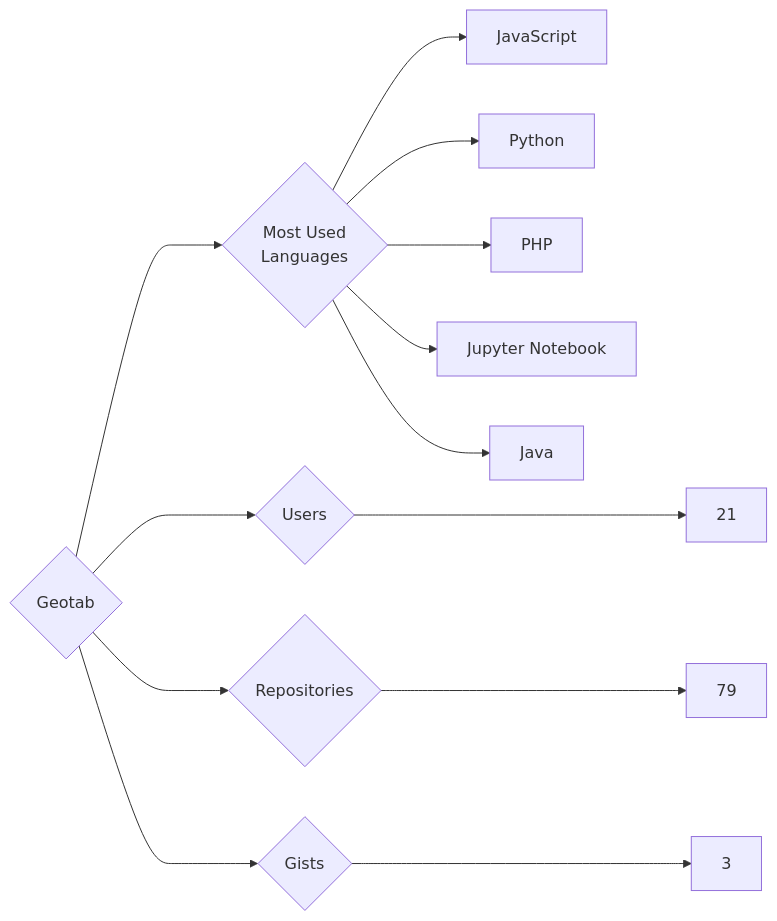
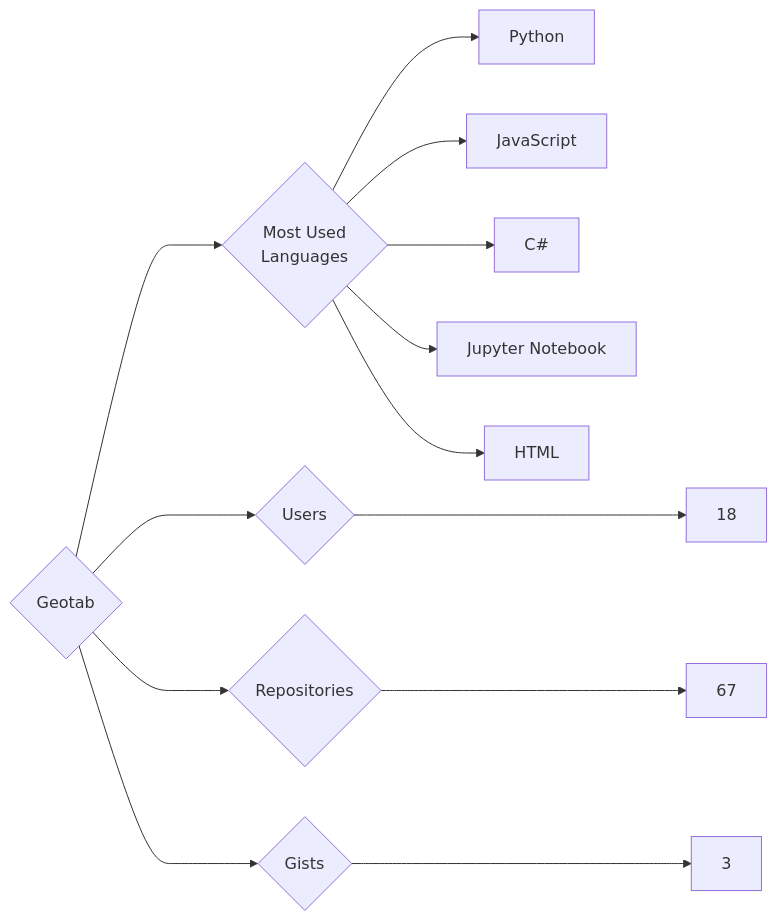
Before and after one commit to trickest/insiders: the diagram in targets/Geotab/README.md, drawn with Mermaid. The commit also changed 912 other files, not shown here.

````diff
--- a/targets/Geotab/README.md
+++ b/targets/Geotab/README.md
@@ -3,13 +3,13 @@
 ```mermaid
 graph LR
 COMPANY_NAME{Geotab}
-COMPANY_NAME ---> U{Users} ---> UN[21]
-COMPANY_NAME ---> R{Repositories} ---> RN[79]
+COMPANY_NAME ---> U{Users} ---> UN[18]
+COMPANY_NAME ---> R{Repositories} ---> RN[67]
 COMPANY_NAME ---> G{Gists} ---> GN[3]
 COMPANY_NAME ---> ML{Most Used<br>Languages}
+ML --> Python[Python]
 ML --> JavaScript[JavaScript]
-ML --> Python[Python]
-ML --> PHP[PHP]
+ML --> C#[C#]
 ML --> Jupyter_Notebook[Jupyter Notebook]
-ML --> Java[Java]
+ML --> HTML[HTML]
 ```
````
